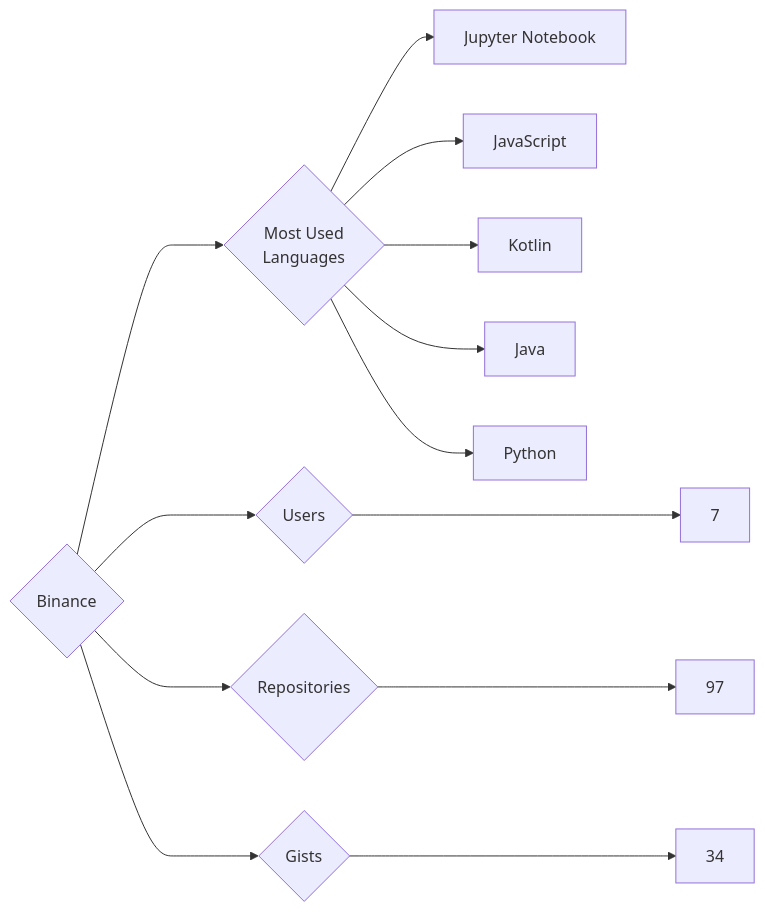
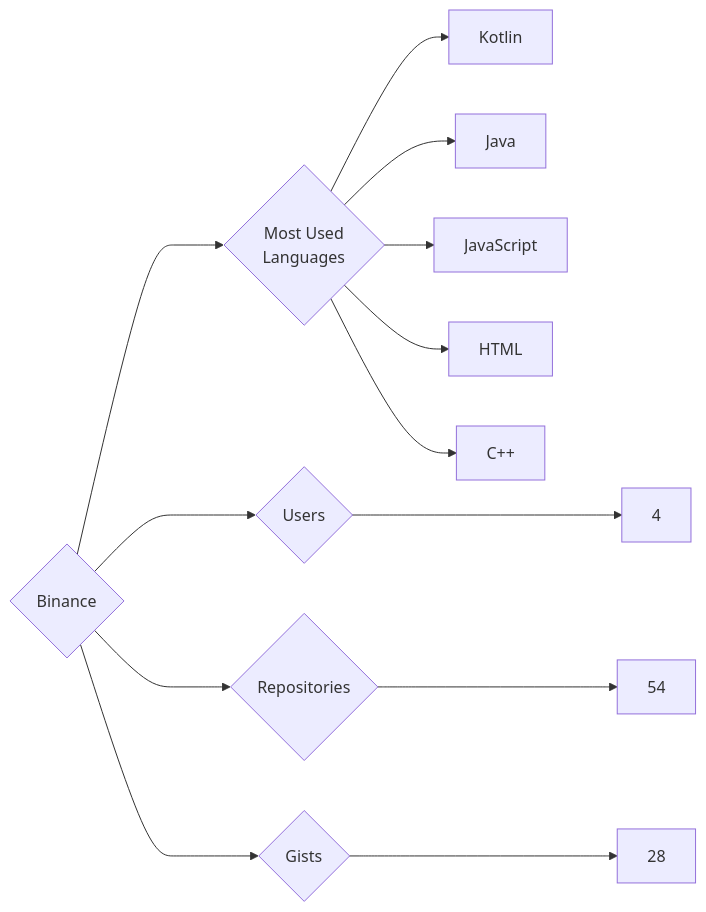
One commit to trickest/insiders changed the diagram in targets/Binance/README.md. Above: the diagram before and after it, drawn with Mermaid. The commit also changed 942 other files, not shown here.

````diff
--- a/targets/Binance/README.md
+++ b/targets/Binance/README.md
@@ -3,13 +3,13 @@
 ```mermaid
 graph LR
 COMPANY_NAME{Binance}
-COMPANY_NAME ---> U{Users} ---> UN[7]
-COMPANY_NAME ---> R{Repositories} ---> RN[97]
-COMPANY_NAME ---> G{Gists} ---> GN[34]
+COMPANY_NAME ---> U{Users} ---> UN[4]
+COMPANY_NAME ---> R{Repositories} ---> RN[54]
+COMPANY_NAME ---> G{Gists} ---> GN[28]
 COMPANY_NAME ---> ML{Most Used<br>Languages}
-ML --> Jupyter_Notebook[Jupyter Notebook]
-ML --> JavaScript[JavaScript]
 ML --> Kotlin[Kotlin]
 ML --> Java[Java]
-ML --> Python[Python]
+ML --> JavaScript[JavaScript]
+ML --> HTML[HTML]
+ML --> C++[C++]
 ```
````
